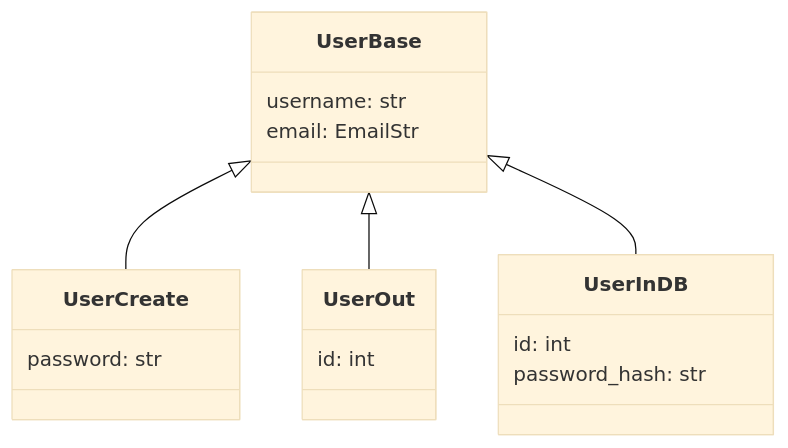
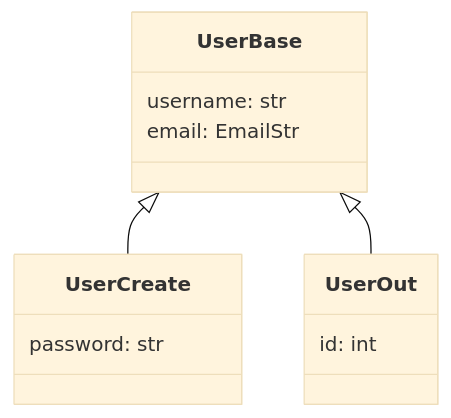
Before and after one commit to AvadhBhalodiya/Interview-Preparation: the second of 5 diagrams in src/content/fastapi/response-models.md, drawn with Mermaid (base theme). The commit also changed other lines of this file and 80 other files, not shown here.

````diff
--- a/src/content/fastapi/response-models.md
+++ b/src/content/fastapi/response-models.md
@@ -421,24 +222,18 @@
 ```mermaid
 classDiagram
     UserBase <|-- UserCreate
     UserBase <|-- UserOut
-    UserBase <|-- UserInDB
 
     class UserBase {
         username: str
         email: EmailStr
     }
 
     class UserCreate {
         password: str
     }
 
     class UserOut {
         id: int
     }
-
-    class UserInDB {
-        id: int
-        password_hash: str
-    }
 ```
````
